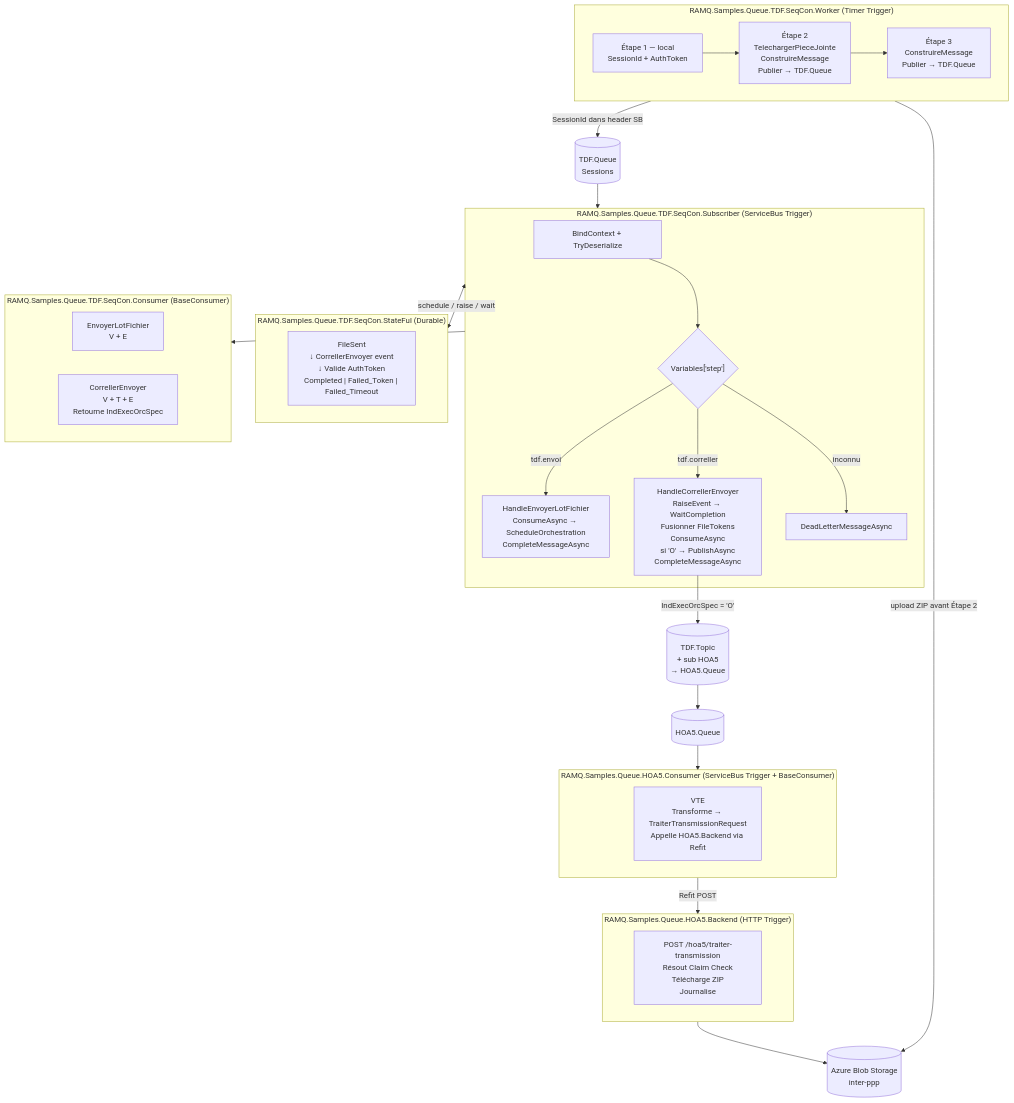
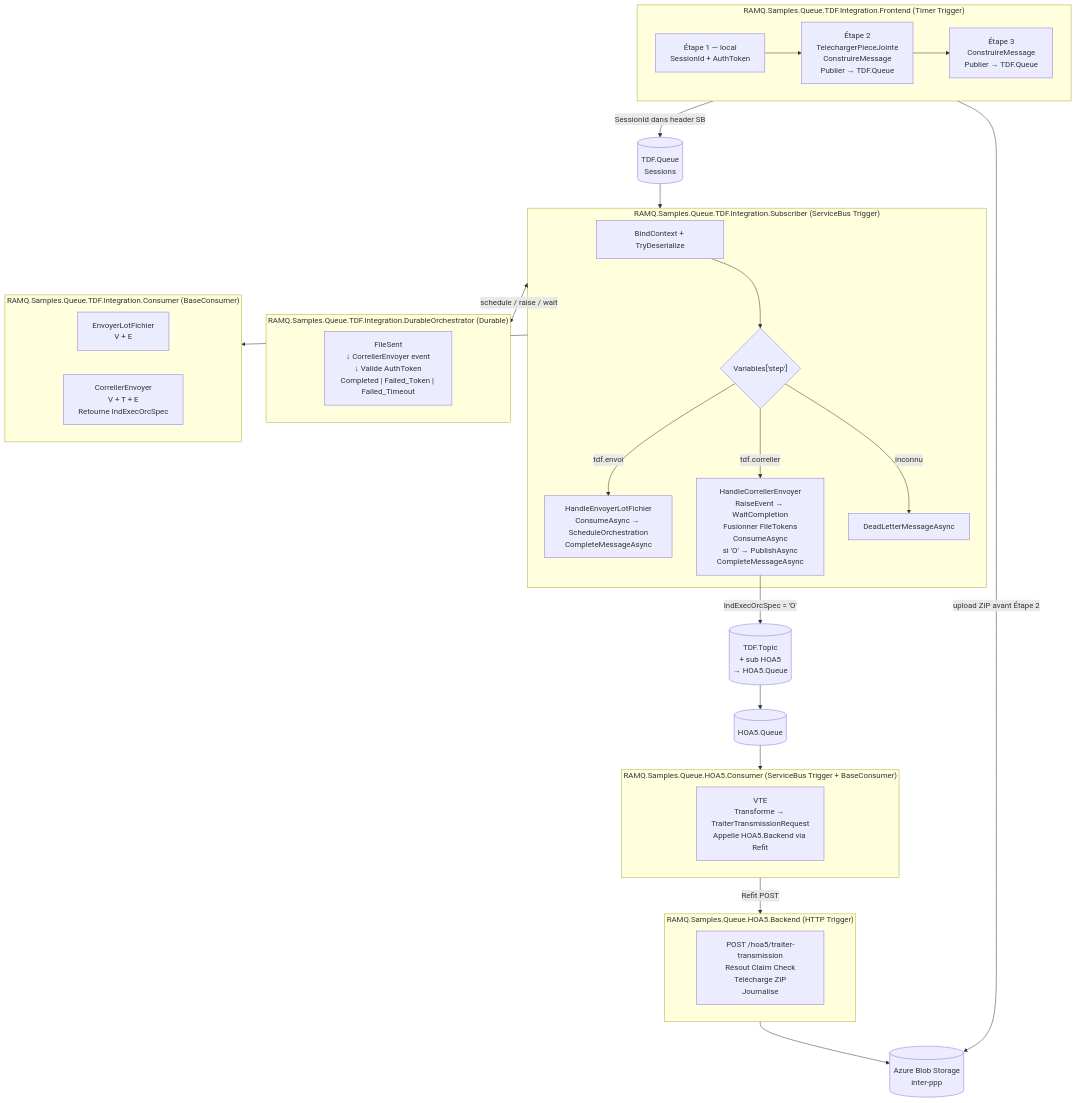
The diagram in Docs/TDFPoC-Spec.md (Kodjoaz/AgenticCodeReview), drawn with Mermaid before and after one commit. The commit also changed other lines of this file, not shown here.

First line of the commit message:
docs: update TDFPoC-Spec.md to reflect TDF.Integration architecture

````diff
--- a/Docs/TDFPoC-Spec.md
+++ b/Docs/TDFPoC-Spec.md
@@ -151,56 +151,56 @@
 ```mermaid
 flowchart TD
-    subgraph WORKER["RAMQ.Samples.Queue.TDF.SeqCon.Worker (Timer Trigger)"]
+    subgraph WORKER["RAMQ.Samples.Queue.TDF.Integration.Frontend (Timer Trigger)"]
         W1["Étape 1 — local\nSessionId + AuthToken"]
         W2["Étape 2\nTelechargerPieceJointe\nConstruireMessage\nPublier → TDF.Queue"]
         W3["Étape 3\nConstruireMessage\nPublier → TDF.Queue"]
         W1 --> W2 --> W3
     end
 
     QUEUE[("TDF.Queue\nSessions")]
 
-    subgraph SUB["RAMQ.Samples.Queue.TDF.SeqCon.Subscriber (ServiceBus Trigger)"]
+    subgraph SUB["RAMQ.Samples.Queue.TDF.Integration.Subscriber (ServiceBus Trigger)"]
         S_BIND["BindContext + TryDeserialize"]
         S_ROUTE{"Variables['step']"}
         S_STEP2["HandleEnvoyerLotFichier\nConsumeAsync → ScheduleOrchestration\nCompleteMessageAsync"]
         S_STEP3["HandleCorrellerEnvoyer\nRaiseEvent → WaitCompletion\nFusionner FileTokens\nConsumeAsync\nsi 'O' → PublishAsync\nCompleteMessageAsync"]
         S_DLQ["DeadLetterMessageAsync"]
         S_BIND --> S_ROUTE
         S_ROUTE -->|"tdf.envoi"| S_STEP2
         S_ROUTE -->|"tdf.correller"| S_STEP3
         S_ROUTE -->|"inconnu"| S_DLQ
     end
 
-    subgraph DURABLE["RAMQ.Samples.Queue.TDF.SeqCon.StateFul (Durable)"]
+    subgraph DURABLE["RAMQ.Samples.Queue.TDF.Integration.DurableOrchestrator (Durable)"]
         SF["FileSent\n↓ CorrellerEnvoyer event\n↓ Valide AuthToken\nCompleted | Failed_Token | Failed_Timeout"]
     end
 
-    subgraph CONS["RAMQ.Samples.Queue.TDF.SeqCon.Consumer (BaseConsumer)"]
+    subgraph CONS["RAMQ.Samples.Queue.TDF.Integration.Consumer (BaseConsumer)"]
         C2["EnvoyerLotFichier\nV + E"]
         C3["CorrellerEnvoyer\nV + T + E\nRetourne IndExecOrcSpec"]
     end
 
     TOPIC[("TDF.Topic\n+ sub HOA5\n→ HOA5.Queue")]
     HOA5Q[("HOA5.Queue")]
 
     subgraph HOA5C["RAMQ.Samples.Queue.HOA5.Consumer (ServiceBus Trigger + BaseConsumer)"]
         HC["VTE\nTransforme → TraiterTransmissionRequest\nAppelle HOA5.Backend via Refit"]
     end
 
     subgraph HOA5B["RAMQ.Samples.Queue.HOA5.Backend (HTTP Trigger)"]
         HB["POST /hoa5/traiter-transmission\nRésout Claim Check\nTélécharge ZIP\nJournalise"]
     end
 
     BLOB[("Azure Blob Storage\ninter-ppp")]
 
     WORKER -->|SessionId dans header SB| QUEUE
     QUEUE --> SUB
     SUB <-->|schedule / raise / wait| DURABLE
     SUB --> CONS
     S_STEP3 -->|"IndExecOrcSpec = 'O'"| TOPIC
     TOPIC --> HOA5Q
     HOA5Q --> HOA5C
     HOA5C -->|Refit POST| HOA5B
     HOA5B --> BLOB
     WORKER -->|upload ZIP avant Étape 2| BLOB
 ```
````
